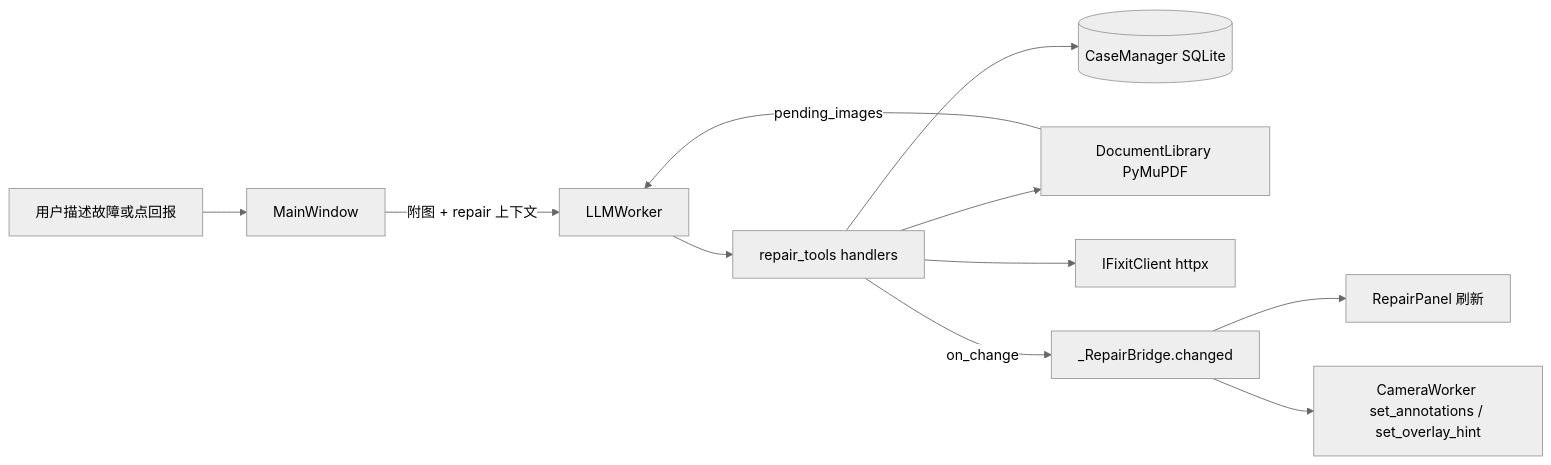
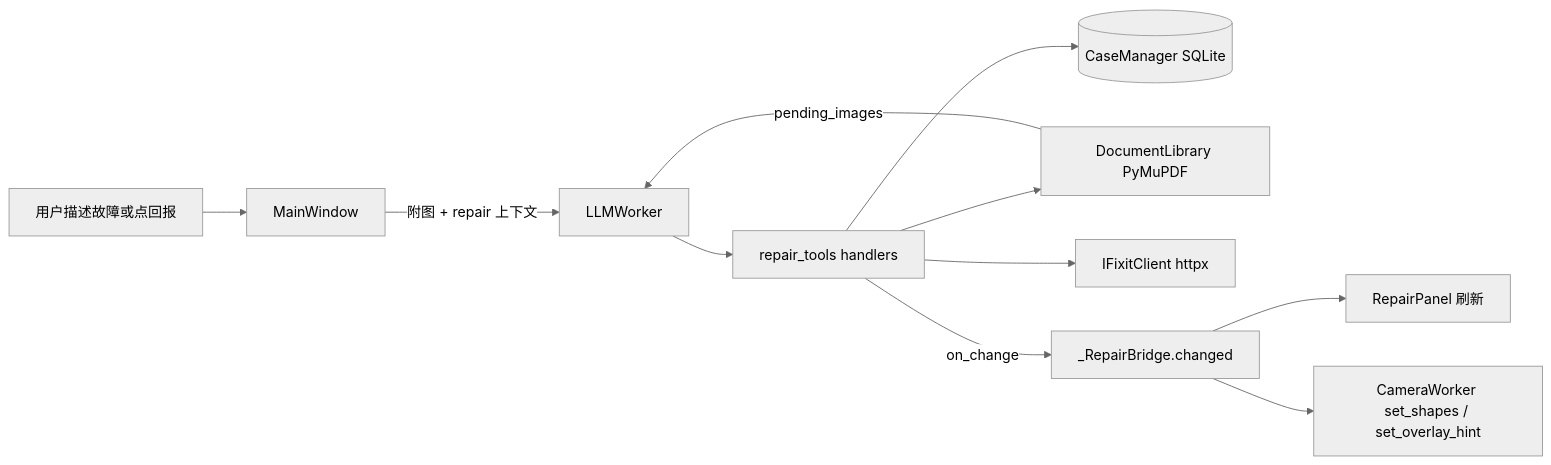
One commit to zackdlut/ai_ardunio changed diagram 11 of 12 in docs/ARCHITECTURE.md. Above: the diagram before and after it, drawn with Mermaid (neutral theme). The commit also changed other lines of this file and 28 other files, not shown here.

````diff
--- a/docs/ARCHITECTURE.md
+++ b/docs/ARCHITECTURE.md
@@ -803,13 +806,13 @@
 ```mermaid
 flowchart LR
     User[用户描述故障或点回报] --> MW[MainWindow]
     MW -->|附图 + repair 上下文| Worker[LLMWorker]
     Worker --> Tools[repair_tools handlers]
     Tools --> Cases[(CaseManager SQLite)]
     Tools --> Lib[DocumentLibrary PyMuPDF]
     Tools --> IFX[IFixitClient httpx]
     Tools -->|on_change| Bridge[_RepairBridge.changed]
     Bridge --> Panel[RepairPanel 刷新]
-    Bridge --> Cam[CameraWorker set_annotations / set_overlay_hint]
+    Bridge --> Cam[CameraWorker set_shapes / set_overlay_hint]
     Lib -->|pending_images| Worker
 ```
````
